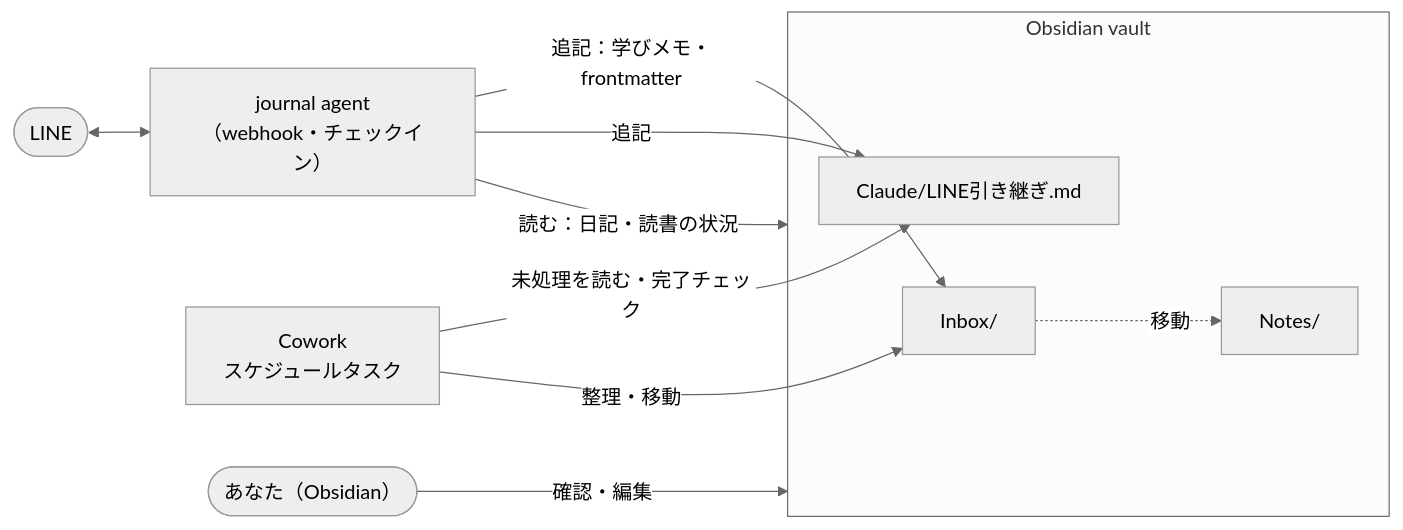
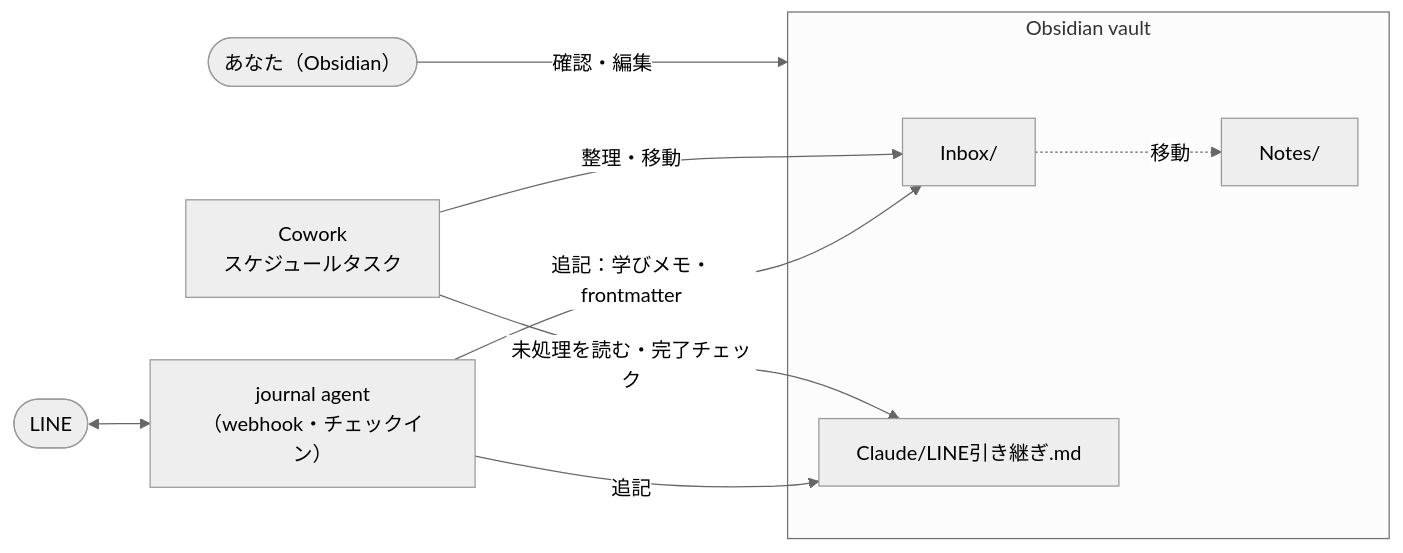
One commit to ayatough/ai-journaling-agent changed the third of 3 diagrams in docs/architecture.md. Above: the diagram before and after it, drawn with Mermaid (neutral theme). The commit also changed other lines of this file and 13 other files, not shown here.

````diff
--- a/docs/architecture.md
+++ b/docs/architecture.md
@@ -85,16 +85,15 @@
 ```mermaid
 flowchart LR
     line(["LINE"]) <--> agent["journal agent<br/>（webhook・チェックイン）"]
-    agent -- "読む：日記・読書の状況" --> vault
-    agent -- "追記：学びメモ・frontmatter" --> inbox
+        agent -- "追記：学びメモ・frontmatter" --> inbox
     agent -- "追記" --> relay
     subgraph vault["Obsidian vault"]
         inbox["Inbox/"]
         notes["Notes/"]
         relay["Claude/LINE引き継ぎ.md"]
     end
     cowork["Cowork<br/>スケジュールタスク"] -- "未処理を読む・完了チェック" --> relay
     cowork -- "整理・移動" --> inbox
     inbox -. "移動" .-> notes
     you(["あなた（Obsidian）"]) -- "確認・編集" --> vault
 ```
````
